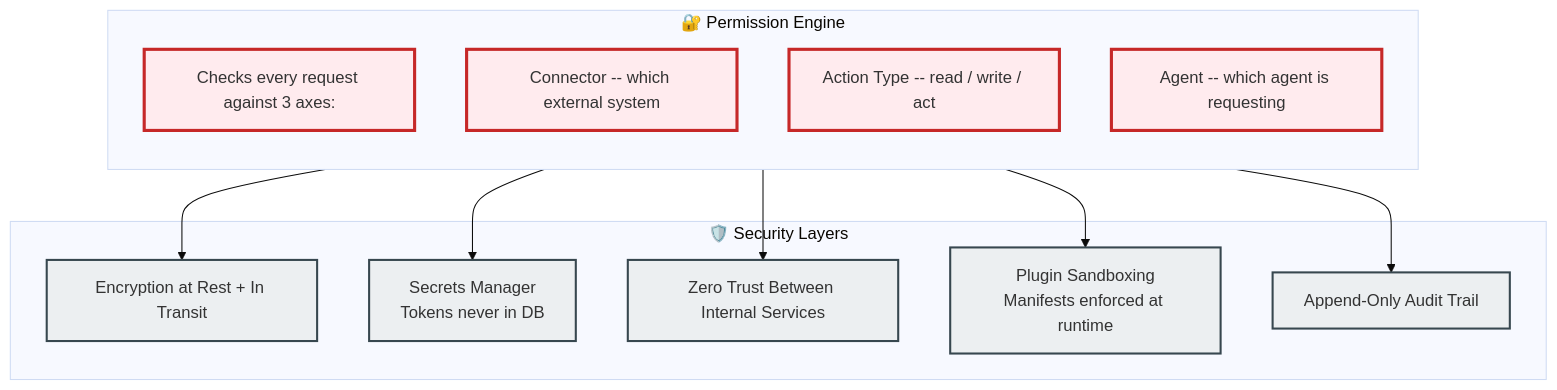
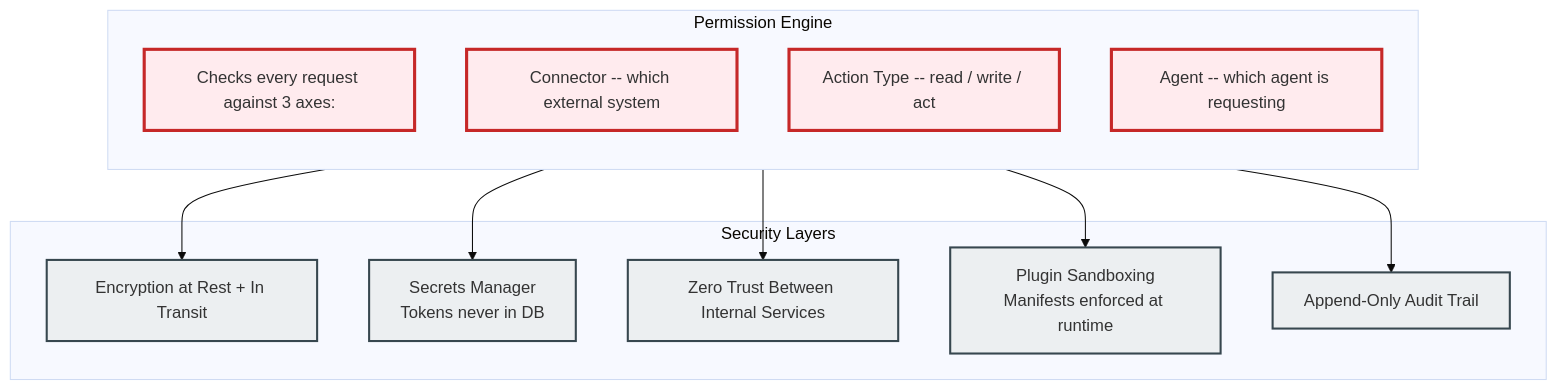
Before and after one commit to Driftloom/Vaeloom: the first of 2 diagrams in docs/security/README.md, drawn with Mermaid (base theme). The commit also changed other lines of this file and 694 other files, not shown here.

First line of the commit message:
docs: mermaid standardization — encoding/mermaid/duplicate cleanup

````diff
--- a/docs/security/README.md
+++ b/docs/security/README.md
@@ -28,30 +28,30 @@
 ```mermaid
 graph TD
-    subgraph PermEngine["🔐 Permission Engine"]
-        direction TB
-        PE["Checks every request against 3 axes:"]
-        AX1["Connector -- which external system"]
-        AX2["Action Type -- read / write / act"]
-        AX3["Agent -- which agent is requesting"]
-    end
+ subgraph PermEngine["Permission Engine"]
+ direction TB
+ PE["Checks every request against 3 axes:"]
+ AX1["Connector -- which external system"]
+ AX2["Action Type -- read / write / act"]
+ AX3["Agent -- which agent is requesting"]
+ end
 
-    subgraph Layers["🛡️ Security Layers"]
-        ENC["Encryption at Rest + In Transit"]
-        SM["Secrets Manager<br/>Tokens never in DB"]
-        ZT["Zero Trust Between Internal Services"]
-        PS["Plugin Sandboxing<br/>Manifests enforced at runtime"]
-        AL["Append-Only Audit Trail"]
-    end
+ subgraph Layers["Security Layers"]
+ ENC["Encryption at Rest + In Transit"]
+ SM["Secrets Manager<br/>Tokens never in DB"]
+ ZT["Zero Trust Between Internal Services"]
+ PS["Plugin Sandboxing<br/>Manifests enforced at runtime"]
+ AL["Append-Only Audit Trail"]
+ end
 
-    PE --> ENC
-    PE --> SM
-    PE --> ZT
-    PE --> PS
-    PE --> AL
+ PE--> ENC
+ PE--> SM
+ PE--> ZT
+ PE--> PS
+ PE--> AL
 
-    classDef engine fill:#ffebee,stroke:#c62828,stroke-width:3px
-    classDef layer fill:#eceff1,stroke:#37474f,stroke-width:2px
+ classDef engine fill:#ffebee,stroke:#c62828,stroke-width:3px
+ classDef layer fill:#eceff1,stroke:#37474f,stroke-width:2px
 
-    class PE,AX1,AX2,AX3 engine
-    class ENC,SM,ZT,PS,AL layer
+ class PE,AX1,AX2,AX3 engine
+ class ENC,SM,ZT,PS,AL layer
 ```
````
